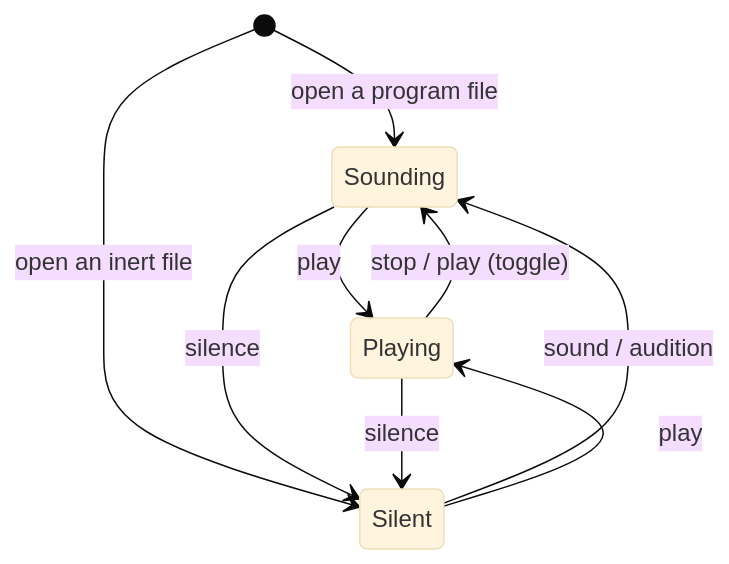
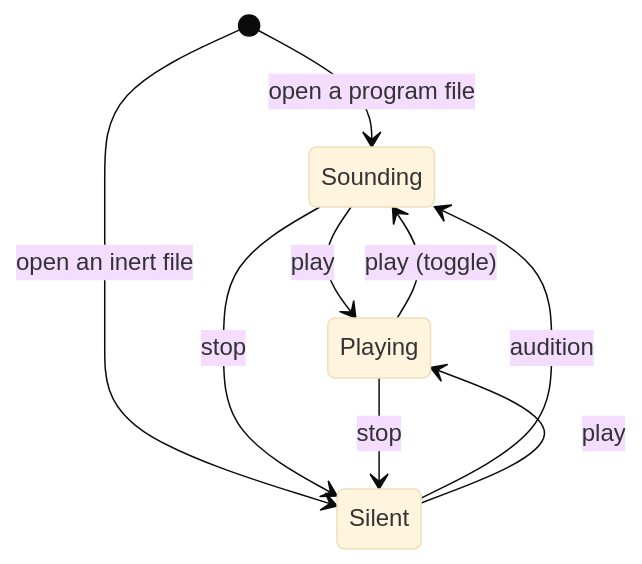
The diagram in spec/transport.md (cheery/gestate), drawn with Mermaid (base theme) before and after one commit. The commit also changed other lines of this file and 3 other files, not shown here.

First line of the commit message:
transport-modes: the verbs are the window's own three — stop to silent, play to playing, audition to sounding; the model re-checked, and the bar owes a third state

````diff
--- a/spec/transport.md
+++ b/spec/transport.md
@@ -93,11 +103,11 @@
 ```mermaid
 stateDiagram-v2
     [*] --> Sounding : open a program file
     [*] --> Silent : open an inert file
-    Silent --> Sounding : sound / audition
+    Silent --> Sounding : audition
     Silent --> Playing : play
     Sounding --> Playing : play
-    Playing --> Sounding : stop / play (toggle)
-    Sounding --> Silent : silence
-    Playing --> Silent : silence
+    Playing --> Sounding : play (toggle)
+    Sounding --> Silent : stop
+    Playing --> Silent : stop
 ```
````
